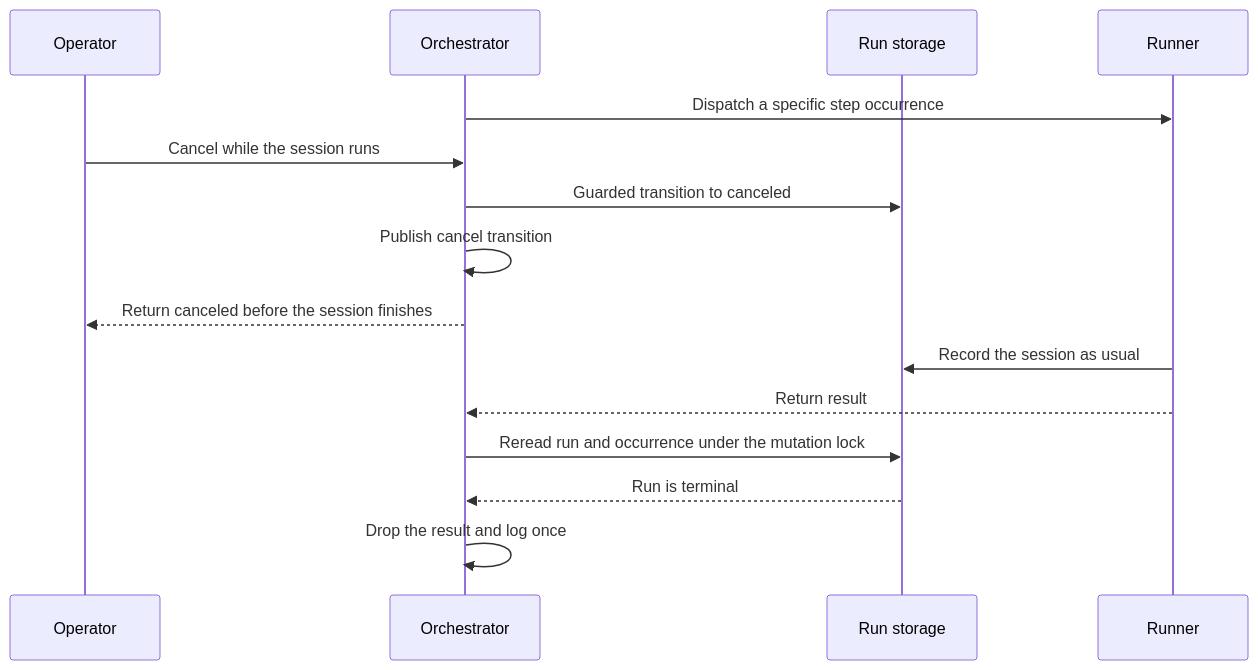
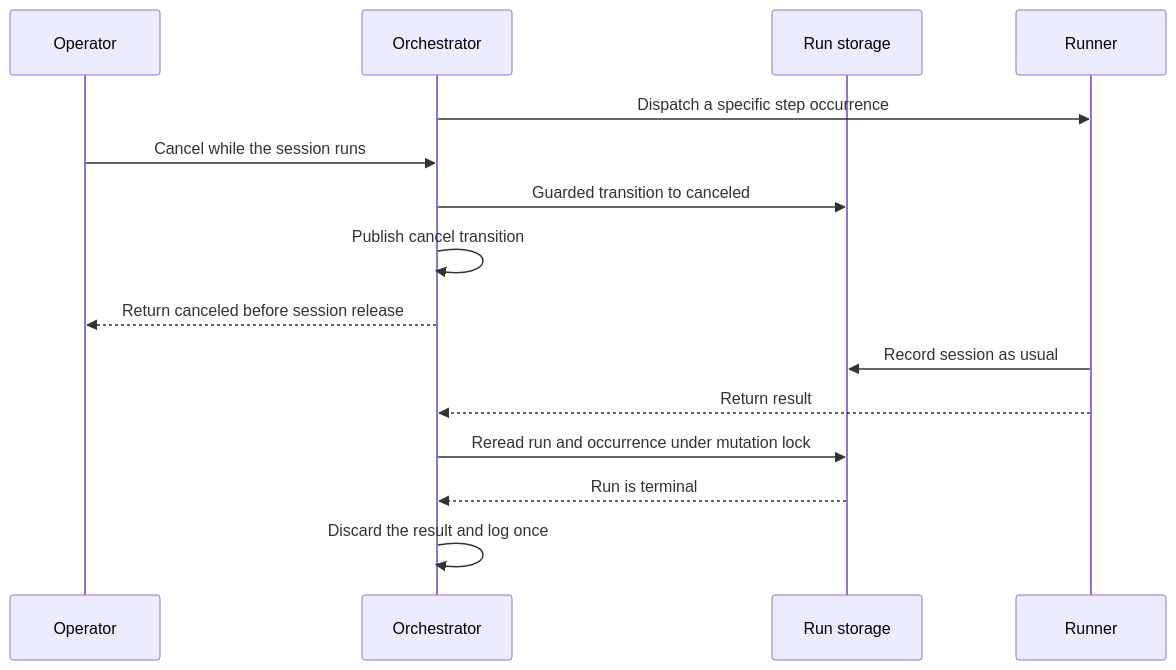
The third of 3 diagrams in context-human/specs/feature-run-operator-actions.md (markdstafford/autocatalyst), drawn with Mermaid before and after one commit. The commit also changed other lines of this file, not shown here.

Commit message:
docs: revise feature spec run-operator-actions

````diff
--- a/context-human/specs/feature-run-operator-actions.md
+++ b/context-human/specs/feature-run-operator-actions.md
@@ -120,17 +124,17 @@
 ```mermaid
 sequenceDiagram
     participant O as Operator
     participant C as Orchestrator
     participant D as Run storage
     participant W as Runner
     C->>W: Dispatch a specific step occurrence
     O->>C: Cancel while the session runs
     C->>D: Guarded transition to canceled
     C->>C: Publish cancel transition
-    C-->>O: Return canceled before the session finishes
-    W->>D: Record the session as usual
+    C-->>O: Return canceled before session release
+    W->>D: Record session as usual
     W-->>C: Return result
-    C->>D: Reread run and occurrence under the mutation lock
+    C->>D: Reread run and occurrence under mutation lock
     D-->>C: Run is terminal
-    C->>C: Drop the result and log once
+    C->>C: Discard the result and log once
 ```
````
